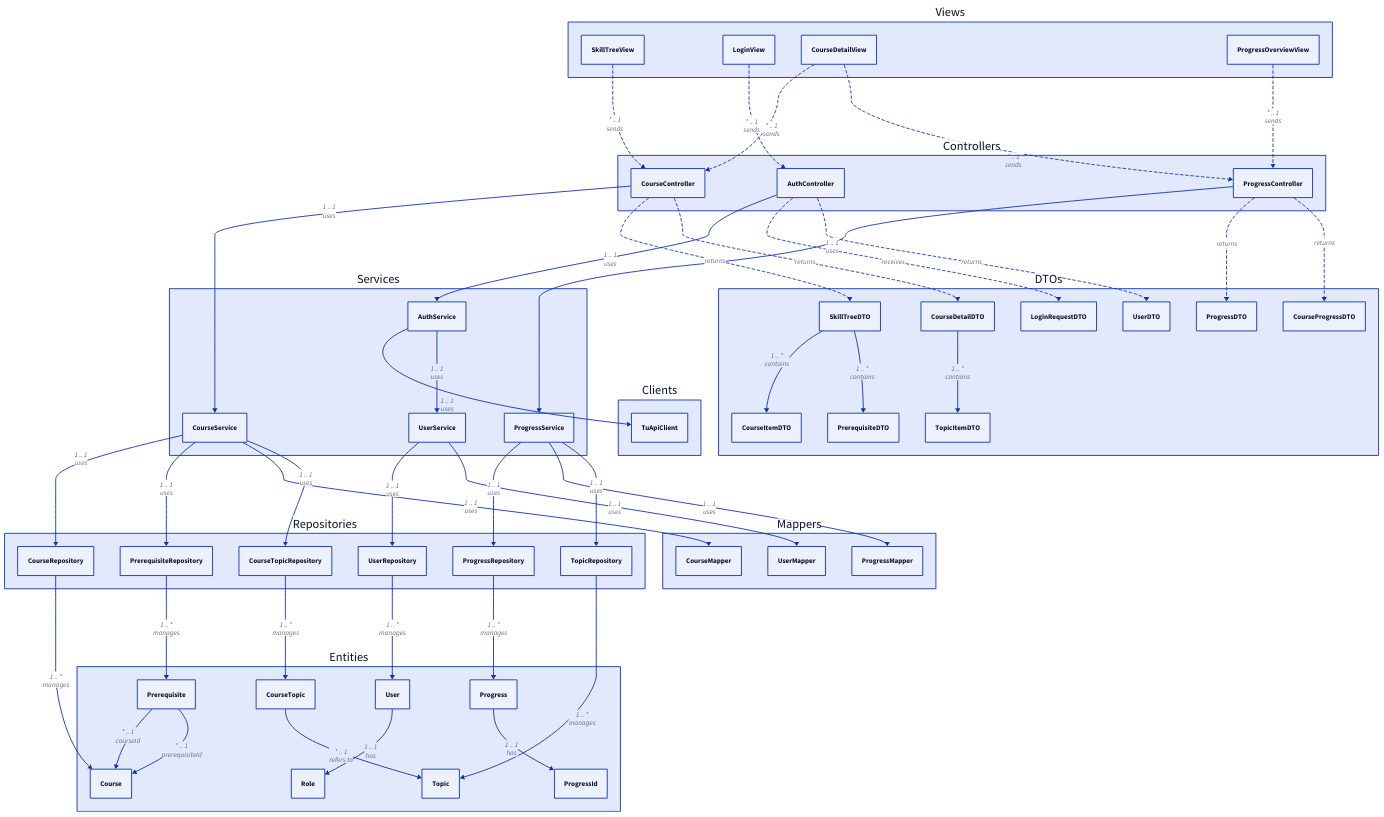
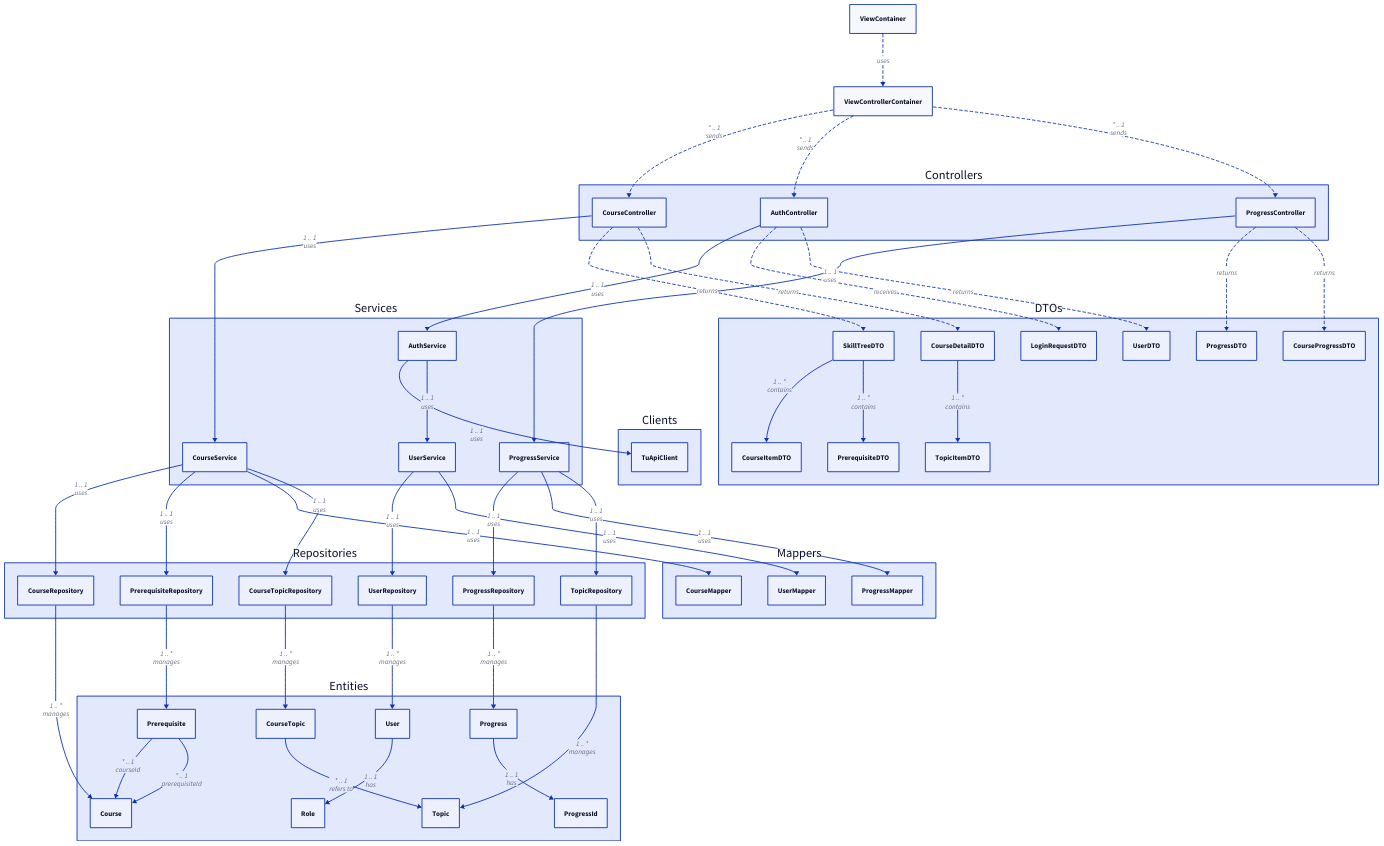
One commit to Saranwich/CS261 changed the diagram in docs/Diagrams/ClassesDiagrams/components/relations/overviewRelations.d2. Above: the diagram before and after it, drawn with D2. The commit also changed 23 other files, not shown here.

Commit message:
refactor(diagrams): replace view classes with view containers

```diff
--- a/docs/Diagrams/ClassesDiagrams/components/relations/overviewRelations.d2
+++ b/docs/Diagrams/ClassesDiagrams/components/relations/overviewRelations.d2
@@ -1,61 +1,58 @@
+ViewContainer -> ViewControllerContainer: uses {
+    style.stroke-dash: 3
+}
 Controllers.CourseController -> Services.CourseService: "1 .. 1\nuses"
 Services.CourseService -> Repositories.CourseRepository: "1 .. 1\nuses"
 Services.CourseService -> Repositories.PrerequisiteRepository: "1 .. 1\nuses"
 Services.CourseService -> Mappers.CourseMapper: "1 .. 1\nuses"
 Repositories.CourseRepository -> Entities.Course: "1 .. *\nmanages"
 Repositories.PrerequisiteRepository -> Entities.Prerequisite: "1 .. *\nmanages"
 Entities.Prerequisite -> Entities.Course: "* .. 1\ncourseId"
 Entities.Prerequisite -> Entities.Course: "* .. 1\nprerequisiteId"
 DTOs.SkillTreeDTO -> DTOs.CourseItemDTO: "1 .. *\ncontains"
 DTOs.SkillTreeDTO -> DTOs.PrerequisiteDTO: "1 .. *\ncontains"
 Controllers.AuthController -> Services.AuthService: "1 .. 1\nuses"
 Services.AuthService -> Clients.TuApiClient: "1 .. 1\nuses"
 Services.AuthService -> Services.UserService: "1 .. 1\nuses"
 Services.UserService -> Repositories.UserRepository: "1 .. 1\nuses"
 Services.UserService -> Mappers.UserMapper: "1 .. 1\nuses"
 Repositories.UserRepository -> Entities.User: "1 .. *\nmanages"
 Entities.User -> Entities.Role: "1 .. 1\nhas"
 Controllers.ProgressController -> Services.ProgressService: "1 .. 1\nuses"
 Services.CourseService -> Repositories.CourseTopicRepository: "1 .. 1\nuses"
 Services.ProgressService -> Repositories.ProgressRepository: "1 .. 1\nuses"
 Services.ProgressService -> Mappers.ProgressMapper: "1 .. 1\nuses"
 Repositories.CourseTopicRepository -> Entities.CourseTopic: "1 .. *\nmanages"
 Repositories.ProgressRepository -> Entities.Progress: "1 .. *\nmanages"
 Entities.CourseTopic -> Entities.Topic: "* .. 1\nrefers to"
 Entities.Progress -> Entities.ProgressId: "1 .. 1\nhas"
 DTOs.CourseDetailDTO -> DTOs.TopicItemDTO: "1 .. *\ncontains"
 Services.ProgressService -> Repositories.TopicRepository: "1 .. 1\nuses"
 Repositories.TopicRepository -> Entities.Topic: "1 .. *\nmanages"
-Views.SkillTreeView -> Controllers.CourseController: "* .. 1\nsends" {
+ViewControllerContainer -> Controllers.CourseController: "* .. 1\nsends" {
     style.stroke-dash: 3
 }
 Controllers.CourseController -> DTOs.SkillTreeDTO: returns {
     style.stroke-dash: 3
 }
-Views.LoginView -> Controllers.AuthController: "* .. 1\nsends" {
+ViewControllerContainer -> Controllers.AuthController: "* .. 1\nsends" {
     style.stroke-dash: 3
 }
 Controllers.AuthController -> DTOs.LoginRequestDTO: receives {
     style.stroke-dash: 3
 }
 Controllers.AuthController -> DTOs.UserDTO: returns {
     style.stroke-dash: 3
 }
-Views.CourseDetailView -> Controllers.CourseController: "* .. 1\nsends" {
-    style.stroke-dash: 3
-}
-Views.CourseDetailView -> Controllers.ProgressController: "* .. 1\nsends" {
+ViewControllerContainer -> Controllers.ProgressController: "* .. 1\nsends" {
     style.stroke-dash: 3
 }
 Controllers.CourseController -> DTOs.CourseDetailDTO: returns {
     style.stroke-dash: 3
 }
 Controllers.ProgressController -> DTOs.ProgressDTO: returns {
     style.stroke-dash: 3
 }
-Views.ProgressOverviewView -> Controllers.ProgressController: "* .. 1\nsends" {
-    style.stroke-dash: 3
-}
 Controllers.ProgressController -> DTOs.CourseProgressDTO: returns {
     style.stroke-dash: 3
 }
```
